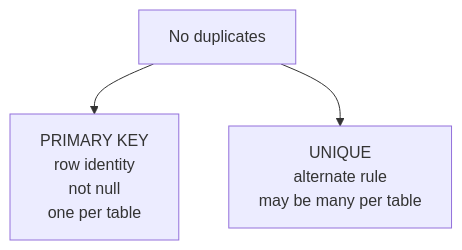
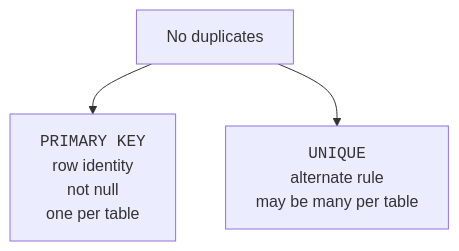
One commit to dataslope/dataslope changed the fourth of 5 diagrams in content/courses/database-design-postgresql/unique-constraints.mdx. Above: the diagram before and after it, drawn with Mermaid. The commit also changed other lines of this file and 283 other files, not shown here.

First line of the commit message:
Diagrams as elements, not characters: fix the box model, sweep the corpus, and make syntax breakdowns a convention (#652)

````diff
--- a/content/courses/database-design-postgresql/unique-constraints.mdx
+++ b/content/courses/database-design-postgresql/unique-constraints.mdx
@@ -188,5 +196,5 @@
 ```mermaid
 flowchart TB
-    Key["No duplicates"] --> PK["PRIMARY KEY<br/>row identity<br/>not null<br/>one per table"]
-    Key --> UQ["UNIQUE<br/>alternate rule<br/>may be many per table"]
+    Key["No duplicates"] --> PK["<code>PRIMARY KEY</code><br/>row identity<br/>not null<br/>one per table"]
+    Key --> UQ["<code>UNIQUE</code><br/>alternate rule<br/>may be many per table"]
 ```
````
